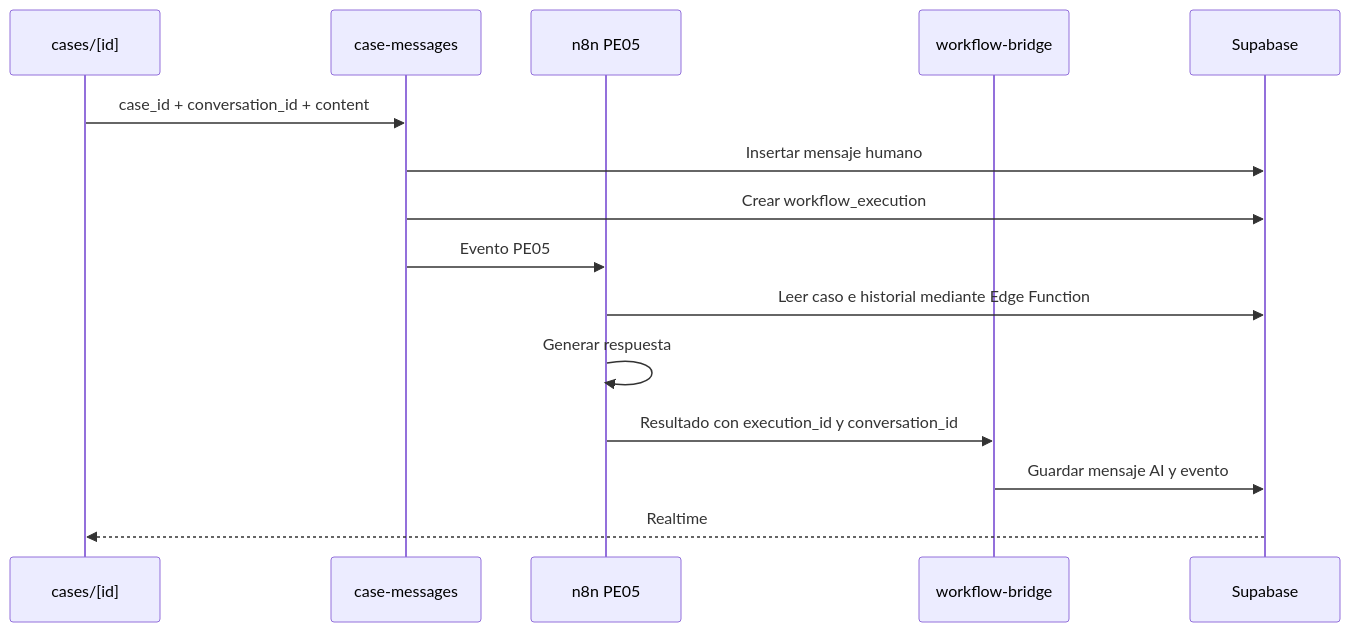
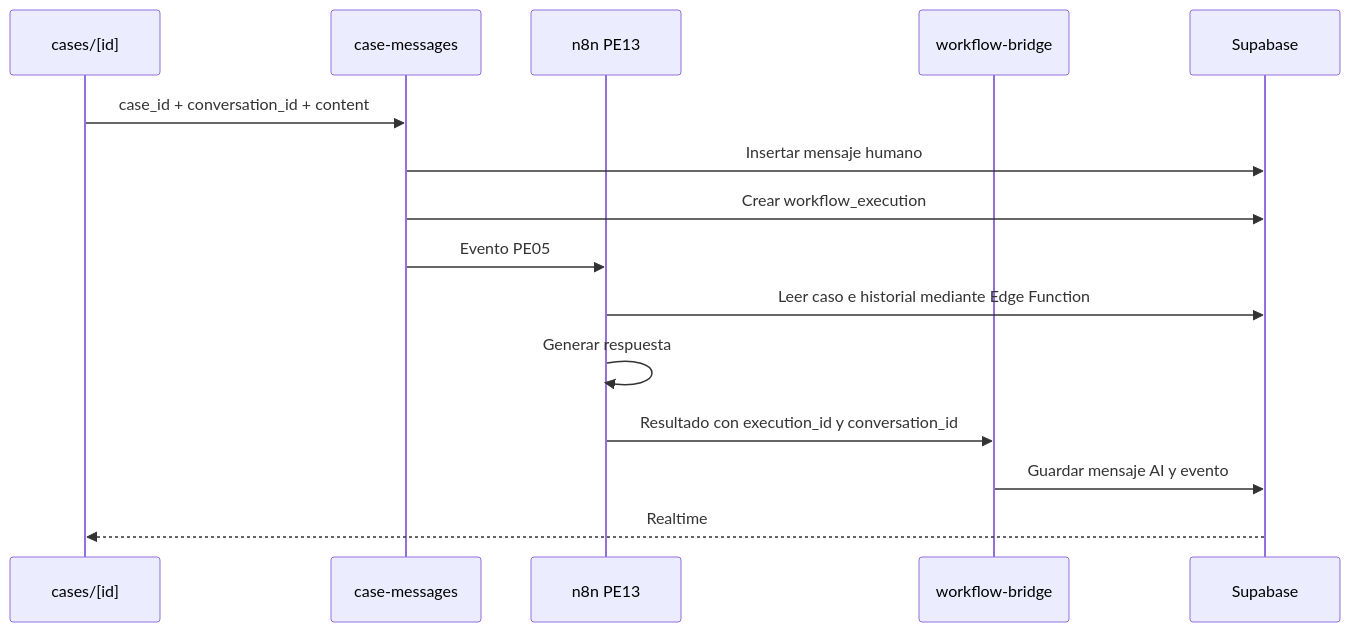
One commit to SamuelUes/automa-plataform changed the fifth of 12 diagrams in docs/integracion/detalle-flujos-pe01-pe12.md. Above: the diagram before and after it, drawn with Mermaid. The commit also changed other lines of this file and 37 other files, not shown here.

````diff
--- a/docs/integracion/detalle-flujos-pe01-pe12.md
+++ b/docs/integracion/detalle-flujos-pe01-pe12.md
@@ -302,17 +302,17 @@
 ```mermaid
 sequenceDiagram
   participant D as cases/[id]
   participant E as case-messages
-  participant N as n8n PE05
+  participant N as n8n PE13
   participant B as workflow-bridge
   participant DB as Supabase
   D->>E: case_id + conversation_id + content
   E->>DB: Insertar mensaje humano
   E->>DB: Crear workflow_execution
   E->>N: Evento PE05
   N->>DB: Leer caso e historial mediante Edge Function
   N->>N: Generar respuesta
   N->>B: Resultado con execution_id y conversation_id
   B->>DB: Guardar mensaje AI y evento
   DB-->>D: Realtime
 ```
````
